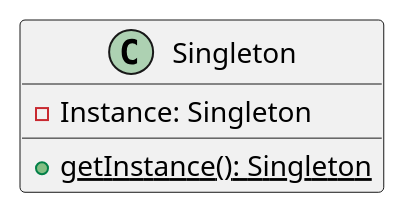
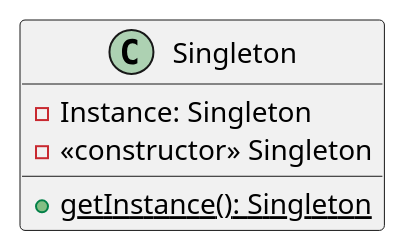
Before and after one commit to paguerre3/creational-patterns: the diagram in cp-samples/src/cp/samples/singleton/_singleton-diagram.iuml, drawn with PlantUML.

Commit message:
adding constructor

```diff
--- a/cp-samples/src/cp/samples/singleton/_singleton-diagram.iuml
+++ b/cp-samples/src/cp/samples/singleton/_singleton-diagram.iuml
@@ -1,6 +1,7 @@
 @startuml
 class Singleton {
  -Instance: Singleton
+ -<<constructor>> Singleton
  +{static} getInstance(): Singleton
 }
 @enduml
```
